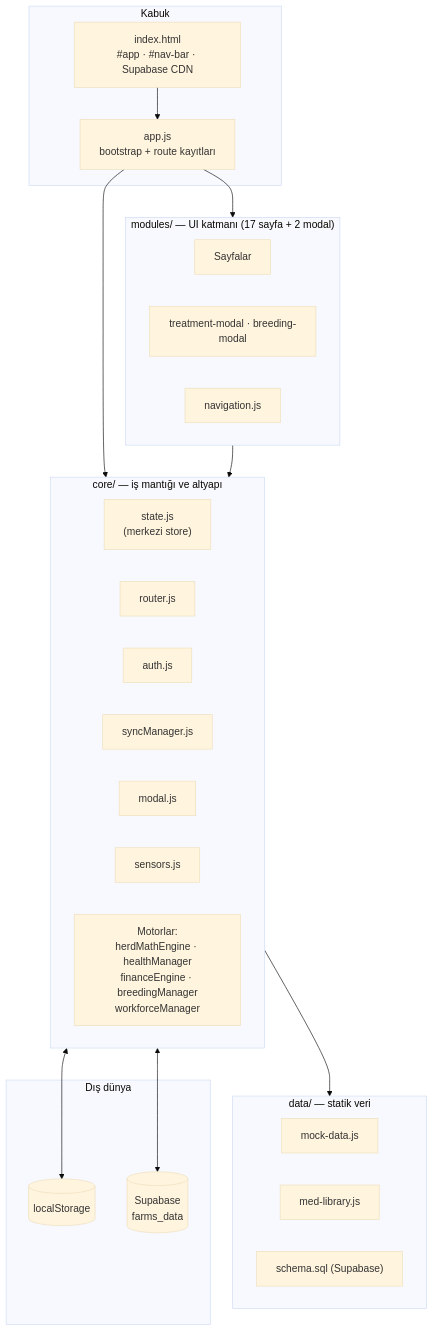
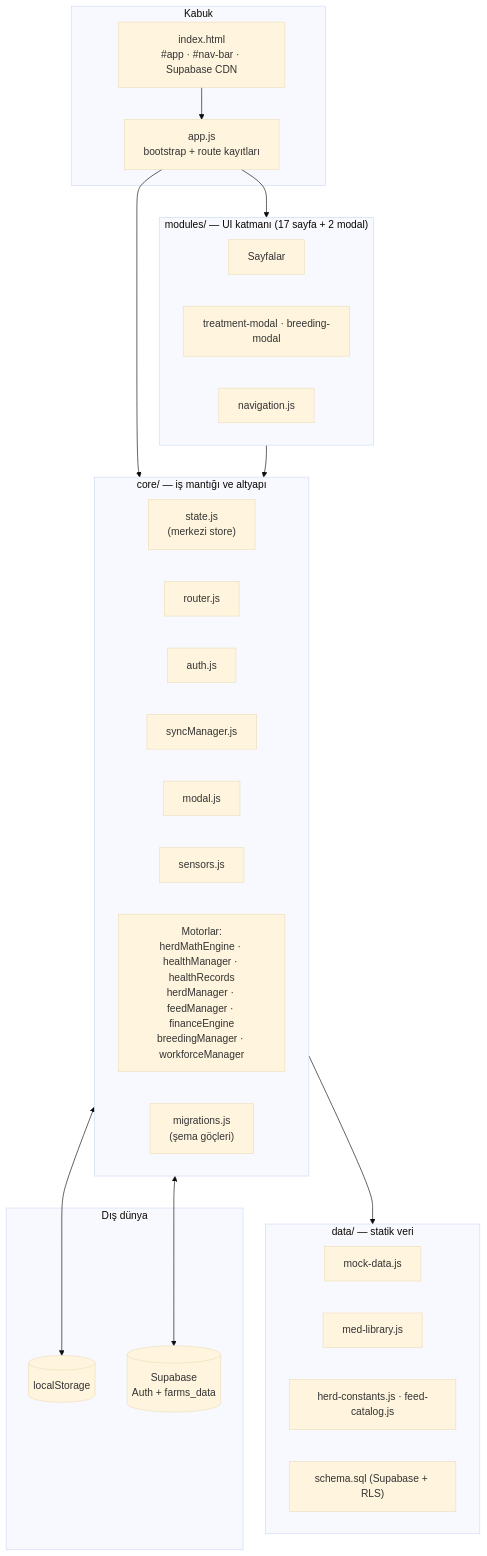
One commit to feridun35/Kucukbas-Takip changed the first of 5 diagrams in ARCHITECTURE.md. Above: the diagram before and after it, drawn with Mermaid (base theme). The commit also changed other lines of this file and 25 other files, not shown here.

````diff
--- a/ARCHITECTURE.md
+++ b/ARCHITECTURE.md
@@ -18,43 +19,45 @@
 ```mermaid
 flowchart TB
   subgraph Shell["Kabuk"]
     HTML["index.html<br/>#app · #nav-bar · Supabase CDN"]
     APP["app.js<br/>bootstrap + route kayıtları"]
   end
 
   subgraph UI["modules/ — UI katmanı (17 sayfa + 2 modal)"]
     direction LR
     PAGES["Sayfalar"]
     MODALS["treatment-modal · breeding-modal"]
     NAV["navigation.js"]
   end
 
   subgraph CORE["core/ — iş mantığı ve altyapı"]
     direction LR
     STATE["state.js<br/>(merkezi store)"]
     ROUTER["router.js"]
     AUTH["auth.js"]
     SYNC["syncManager.js"]
     MODAL["modal.js"]
     SENS["sensors.js"]
-    ENG["Motorlar:<br/>herdMathEngine · healthManager<br/>financeEngine · breedingManager<br/>workforceManager"]
+    ENG["Motorlar:<br/>herdMathEngine · healthManager · healthRecords<br/>herdManager · feedManager · financeEngine<br/>breedingManager · workforceManager"]
+    MIG["migrations.js<br/>(şema göçleri)"]
   end
 
   subgraph DATA["data/ — statik veri"]
     MOCK["mock-data.js"]
     MED["med-library.js"]
-    SQL["schema.sql (Supabase)"]
+    CONST["herd-constants.js · feed-catalog.js"]
+    SQL["schema.sql (Supabase + RLS)"]
   end
 
   subgraph EXT["Dış dünya"]
     LS[("localStorage")]
-    SB[("Supabase<br/>farms_data")]
+    SB[("Supabase<br/>Auth + farms_data")]
   end
 
   HTML --> APP --> UI
   APP --> CORE
   UI --> CORE
   CORE --> DATA
   STATE <--> LS
   SYNC <--> SB
 ```
````
